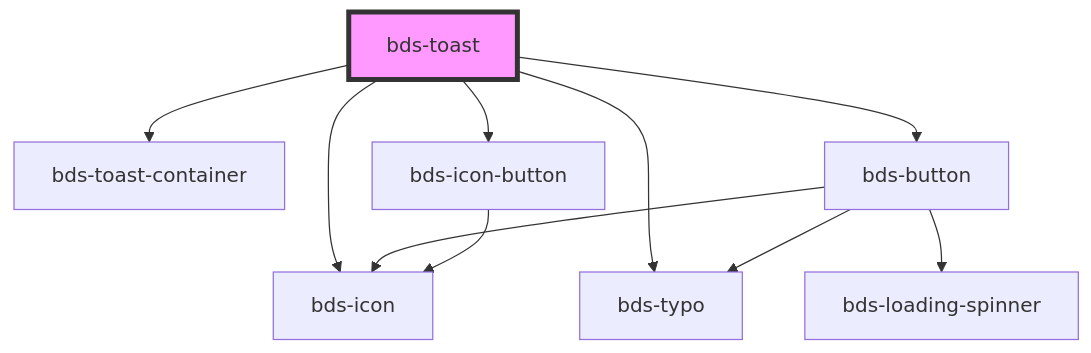
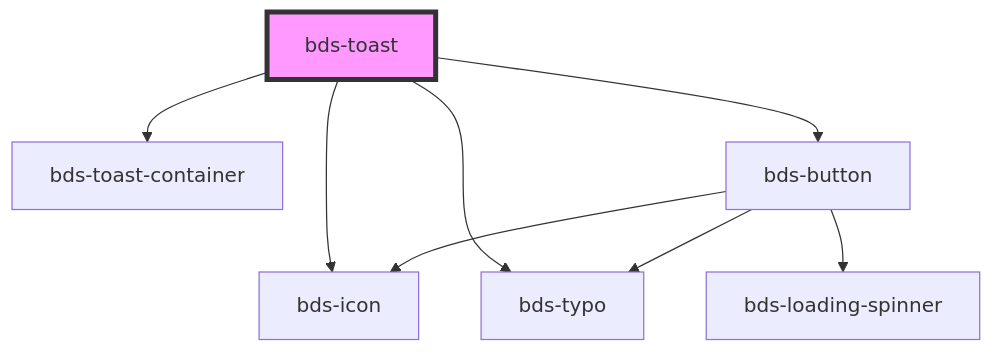
The diagram in src/components/toast/readme.md (takenet/blip-ds), drawn with Mermaid before and after one commit. The commit also changed other lines of this file and 12 other files, not shown here.

````diff
--- a/src/components/toast/readme.md
+++ b/src/components/toast/readme.md
@@ -66,13 +65,11 @@
 ```mermaid
 graph TD;
   bds-toast --> bds-toast-container
   bds-toast --> bds-icon
   bds-toast --> bds-typo
   bds-toast --> bds-button
-  bds-toast --> bds-icon-button
   bds-button --> bds-icon
   bds-button --> bds-typo
   bds-button --> bds-loading-spinner
-  bds-icon-button --> bds-icon
   style bds-toast fill:#f9f,stroke:#333,stroke-width:4px
 ```
````
